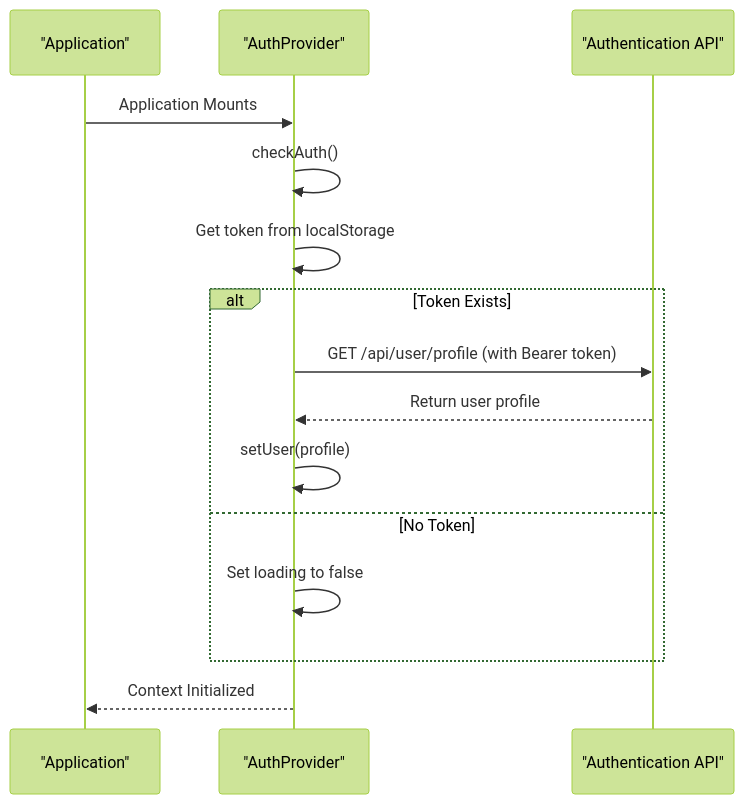
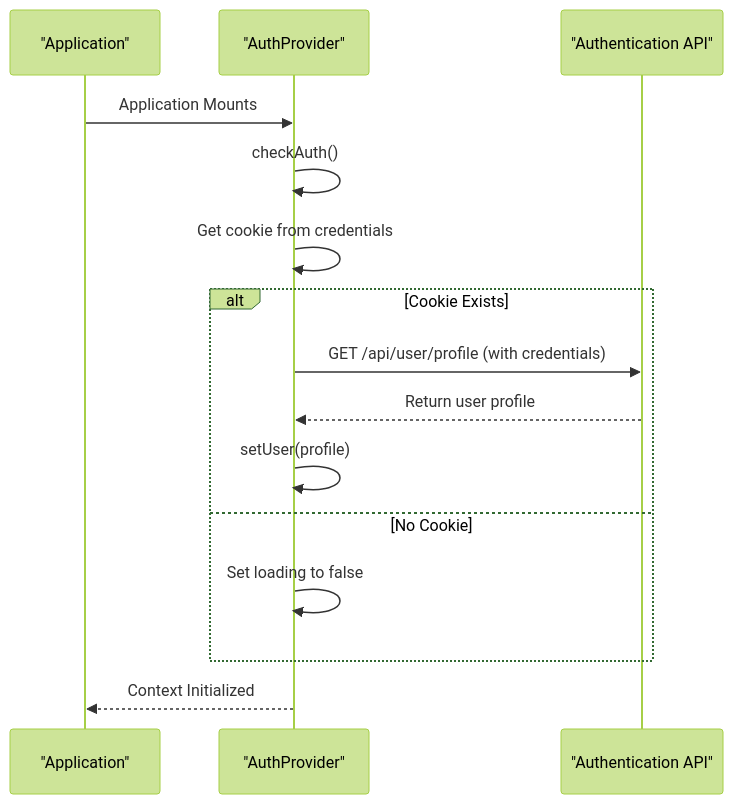
Before and after one commit to Brimstow/ThumPiks: the third of 21 diagrams in .qoder/repowiki/en/content/Frontend Architecture/State Management.md, drawn with Mermaid (forest theme). The commit also changed other lines of this file and 900 other files, not shown here.

````diff
--- a/.qoder/repowiki/en/content/Frontend Architecture/State Management.md
+++ b/.qoder/repowiki/en/content/Frontend Architecture/State Management.md
@@ -83,17 +102,17 @@
 ```mermaid
 sequenceDiagram
 participant App as "Application"
 participant AuthProvider as "AuthProvider"
 participant API as "Authentication API"
 App->>AuthProvider : Application Mounts
 AuthProvider->>AuthProvider : checkAuth()
-AuthProvider->>AuthProvider : Get token from localStorage
-alt Token Exists
-AuthProvider->>API : GET /api/user/profile (with Bearer token)
+AuthProvider->>AuthProvider : Get cookie from credentials
+alt Cookie Exists
+AuthProvider->>API : GET /api/user/profile (with credentials)
 API-->>AuthProvider : Return user profile
 AuthProvider->>AuthProvider : setUser(profile)
-else No Token
+else No Cookie
 AuthProvider->>AuthProvider : Set loading to false
 end
 AuthProvider-->>App : Context Initialized
 ```
````
